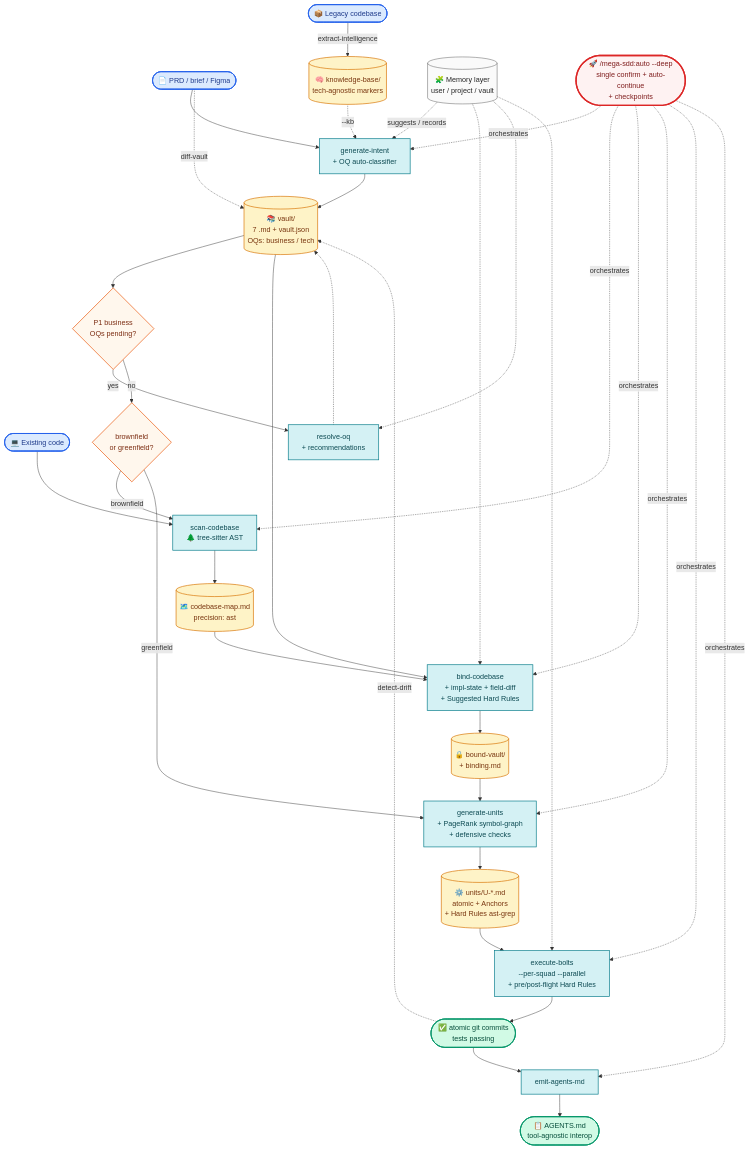
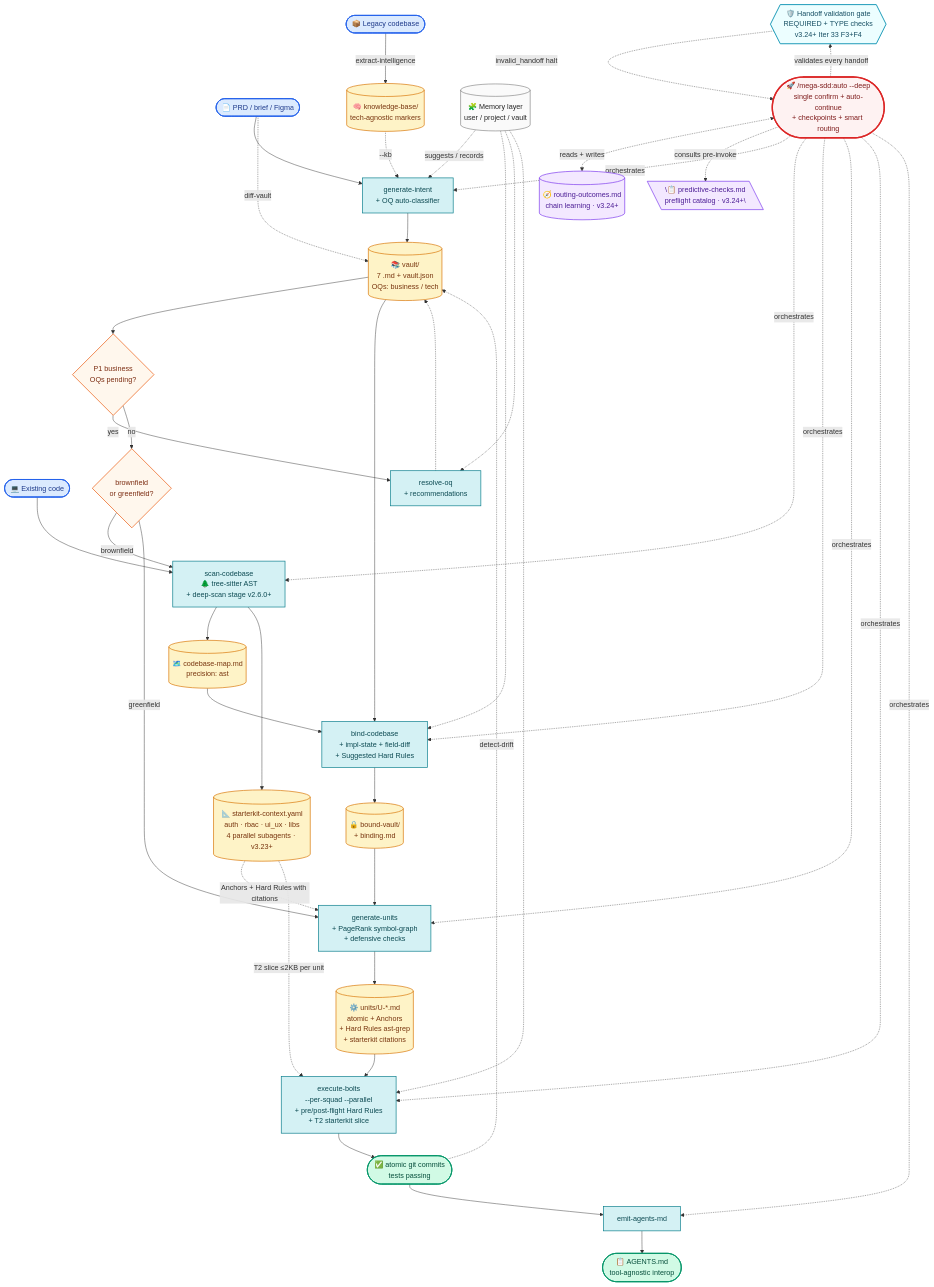
Before and after one commit to FarhanRiuzaki/Mega-SDD: the diagram in README.md, drawn with Mermaid. The commit also changed other lines of this file, not shown here.

First paragraph of the commit message:
docs(readme): update pipeline diagram to include Iter 32 + 33 capabilities
4 new nodes + 6 new arrows added to mermaid flowchart:

````diff
--- a/README.md
+++ b/README.md
@@ -192,8 +192,9 @@
 
     %% Brownfield path
     MODE -->|brownfield| SCAN
-    CODE --> SCAN[scan-codebase<br/>🌲 tree-sitter AST]:::phase
+    CODE --> SCAN[scan-codebase<br/>🌲 tree-sitter AST<br/>+ deep-scan stage v2.6.0+]:::phase
     SCAN --> MAP[(🗺️ codebase-map.md<br/>precision: ast)]:::artifact
+    SCAN --> STARTERKIT[(📐 starterkit-context.yaml<br/>auth · rbac · ui_ux · libs<br/>4 parallel subagents · v3.23+)]:::artifact
     MAP --> BIND[bind-codebase<br/>+ impl-state + field-diff<br/>+ Suggested Hard Rules]:::phase
     VAULT --> BIND
     BIND --> BOUND[(🔒 bound-vault/<br/>+ binding.md)]:::artifact
@@ -202,9 +203,13 @@
     %% Greenfield path
     MODE -->|greenfield| GEN[generate-units<br/>+ PageRank symbol-graph<br/>+ defensive checks]:::phase
 
+    %% Iter 32 — starterkit context flows into consumers
+    STARTERKIT -.Anchors + Hard Rules with citations.-> GEN
+    STARTERKIT -.T2 slice ≤2KB per unit.-> BOLTS
+
     %% Units → bolts
-    GEN --> UNITS[(⚙️ units/U-*.md<br/>atomic + Anchors<br/>+ Hard Rules ast-grep)]:::artifact
-    UNITS --> BOLTS[execute-bolts<br/>--per-squad --parallel<br/>+ pre/post-flight Hard Rules]:::phase
+    GEN --> UNITS[(⚙️ units/U-*.md<br/>atomic + Anchors<br/>+ Hard Rules ast-grep<br/>+ starterkit citations)]:::artifact
+    UNITS --> BOLTS[execute-bolts<br/>--per-squad --parallel<br/>+ pre/post-flight Hard Rules<br/>+ T2 starterkit slice]:::phase
     BOLTS --> COMMITS([✅ atomic git commits<br/>tests passing]):::output
 
     %% End-of-chain emissions
@@ -218,8 +223,17 @@
     MEMORY -.-> RESOLVE
     MEMORY -.-> BOLTS
 
-    %% Orchestrator
-    AUTO([🚀 /mega-sdd:auto --deep<br/>single confirm + auto-continue<br/>+ checkpoints]):::primary
+    %% Iter 33 — Intelligence layer (orchestrator becomes smart router)
+    ROUTING[(🧭 routing-outcomes.md<br/>chain learning · v3.24+)]:::intel
+    PREDICT[\\📋 predictive-checks.md<br/>preflight catalog · v3.24+\\]:::intel
+    GATE{{🛡️ Handoff validation gate<br/>REQUIRED + TYPE checks<br/>v3.24+ Iter 33 F3+F4}}:::gate
+
+    %% Orchestrator with intelligence layer
+    AUTO([🚀 /mega-sdd:auto --deep<br/>single confirm + auto-continue<br/>+ checkpoints + smart routing]):::primary
+    AUTO <-.reads + writes.-> ROUTING
+    AUTO -.consults pre-invoke.-> PREDICT
+    AUTO -.validates every handoff.-> GATE
+    GATE -.invalid_handoff halt.-> AUTO
     AUTO -.orchestrates.-> INT
     AUTO -.orchestrates.-> SCAN
     AUTO -.orchestrates.-> BIND
@@ -238,4 +252,6 @@
     classDef decision fill:#fff7ed,stroke:#ea580c,stroke-width:1.5px,color:#7c2d12
     classDef cross fill:#fafafa,stroke:#525252,stroke-width:1px,color:#262626
     classDef primary fill:#fef2f2,stroke:#dc2626,stroke-width:3px,color:#7f1d1d
+    classDef intel fill:#f3e8ff,stroke:#7c3aed,stroke-width:1.5px,color:#4c1d95
+    classDef gate fill:#ecfeff,stroke:#0891b2,stroke-width:2px,color:#164e63
 ```
````
